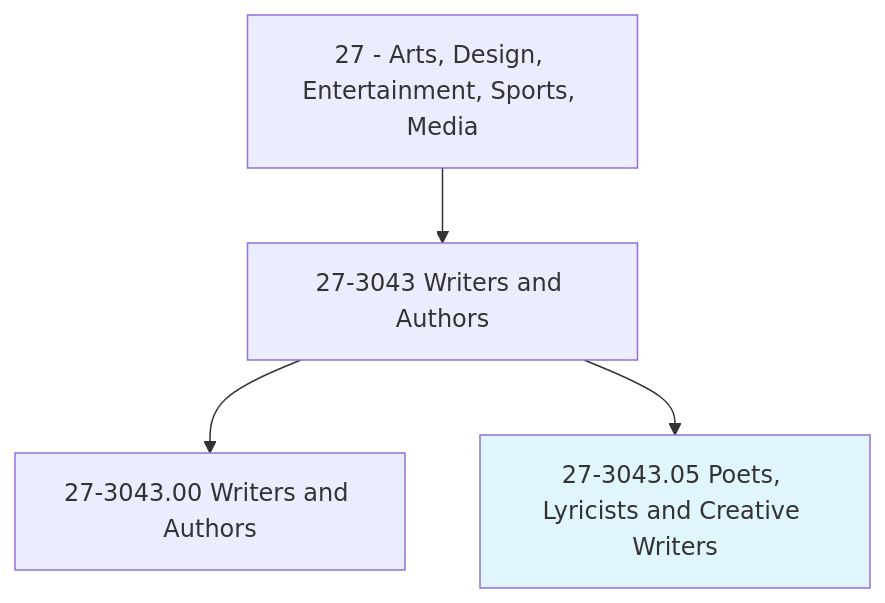
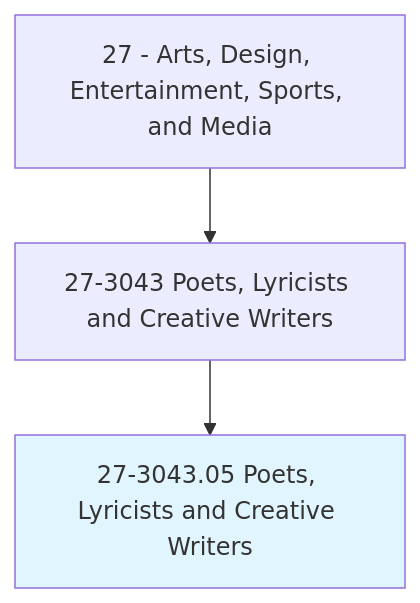
The first of 4 diagrams in occupations/ArtsMedia/PoetsLyricistsAndCreativeWriters.mdx (kziemski/business.org.ai), drawn with Mermaid before and after one commit. The commit also changed other lines of this file and 938 other files, not shown here.

````diff
--- a/occupations/ArtsMedia/PoetsLyricistsAndCreativeWriters.mdx
+++ b/occupations/ArtsMedia/PoetsLyricistsAndCreativeWriters.mdx
@@ -19,7 +23,6 @@
 ```mermaid
 graph TD
-    Cat27["27 - Arts, Design, Entertainment, Sports, Media"] --> Group273043["27-3043 Writers and Authors"]
-    Group273043 --> Base["27-3043.00 Writers and Authors"]
+    Cat27["27 - Arts, Design, Entertainment, Sports, and Media"] --> Group273043["27-3043 Poets, Lyricists and Creative Writers"]
     Group273043 --> Current["27-3043.05 Poets, Lyricists and Creative Writers"]
     style Current fill:#e1f5fe
 ```
````
